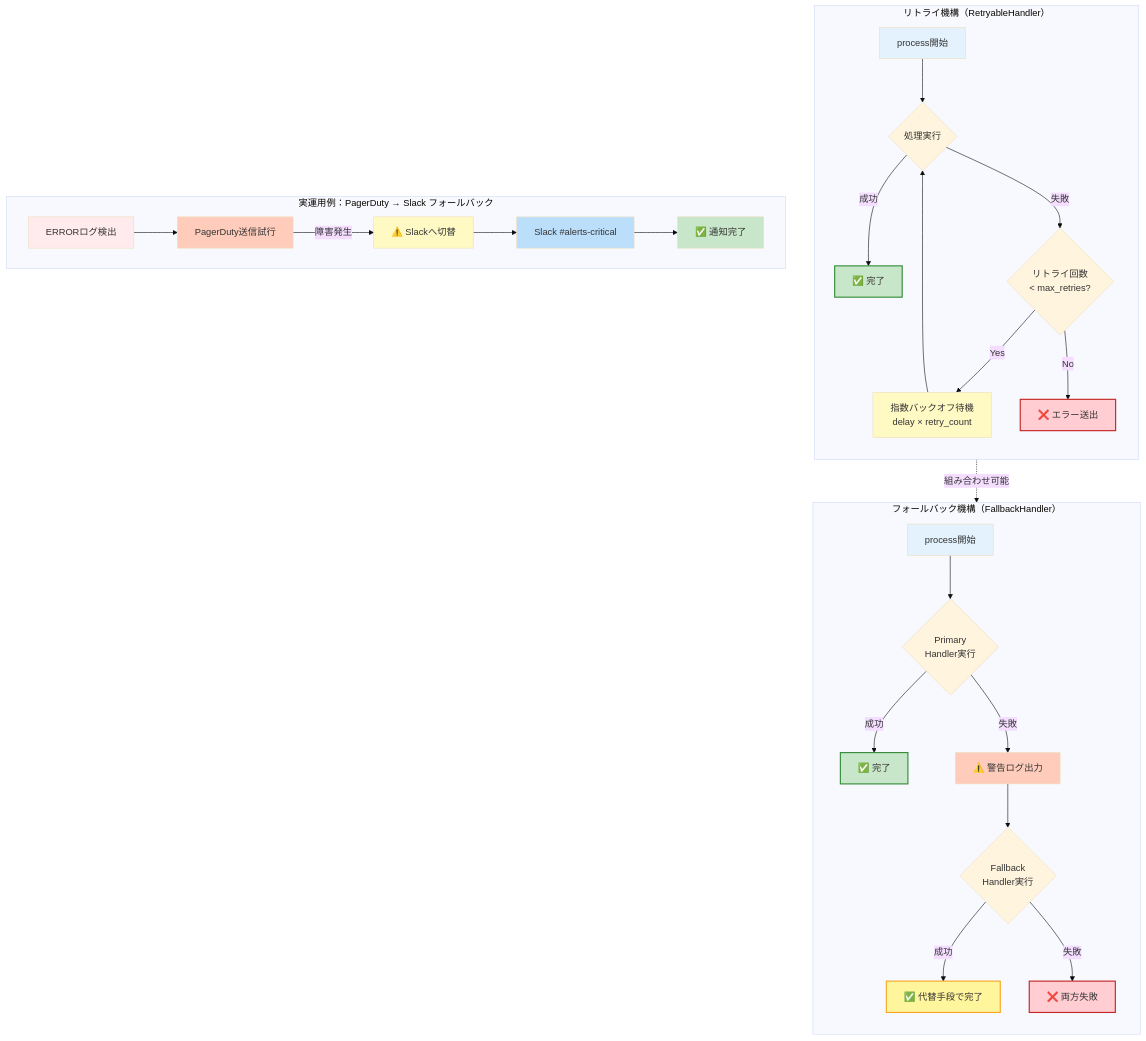
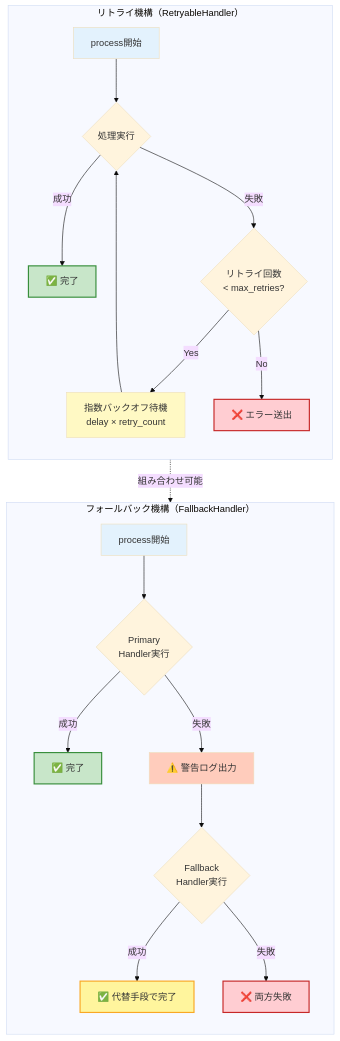
One commit to nqou-net/www.nqou.net changed the fifth of 6 diagrams in content/post/log-monitoring-part3.md. Above: the diagram before and after it, drawn with Mermaid (base theme). The commit also changed other lines of this file and 3 other files, not shown here.

````diff
--- a/content/post/log-monitoring-part3.md
+++ b/content/post/log-monitoring-part3.md
@@ -1039,49 +1038,35 @@
 ```mermaid
 flowchart TD
     subgraph Retry["リトライ機構（RetryableHandler）"]
         direction TB
         Start1[process開始] --> Try1{処理実行}
         Try1 -->|成功| Success1[✅ 完了]
         Try1 -->|失敗| Count1{リトライ回数<br/>< max_retries?}
         Count1 -->|Yes| Wait1[指数バックオフ待機<br/>delay × retry_count]
         Wait1 --> Try1
         Count1 -->|No| Fail1[❌ エラー送出]
         
         style Start1 fill:#e3f2fd
         style Success1 fill:#c8e6c9,stroke:#388e3c,stroke-width:2px
         style Fail1 fill:#ffcdd2,stroke:#c62828,stroke-width:2px
         style Wait1 fill:#fff9c4
     end
-    
+
     subgraph Fallback["フォールバック機構（FallbackHandler）"]
         direction TB
         Start2[process開始] --> Primary{Primary<br/>Handler実行}
         Primary -->|成功| Success2[✅ 完了]
         Primary -->|失敗| Warn[⚠️ 警告ログ出力]
         Warn --> Secondary{Fallback<br/>Handler実行}
         Secondary -->|成功| Success3[✅ 代替手段で完了]
         Secondary -->|失敗| Fail2[❌ 両方失敗]
         
         style Start2 fill:#e3f2fd
         style Success2 fill:#c8e6c9,stroke:#388e3c,stroke-width:2px
         style Success3 fill:#fff59d,stroke:#f9a825,stroke-width:2px
         style Fail2 fill:#ffcdd2,stroke:#c62828,stroke-width:2px
         style Warn fill:#ffccbc
     end
-    
-    subgraph Example["実運用例：PagerDuty → Slack フォールバック"]
-        direction LR
-        E1[ERRORログ検出] --> E2[PagerDuty送信試行]
-        E2 -->|障害発生| E3[⚠️ Slackへ切替]
-        E3 --> E4[Slack #alerts-critical]
-        E4 --> E5[✅ 通知完了]
-        
-        style E1 fill:#ffebee
-        style E2 fill:#ffccbc
-        style E3 fill:#fff9c4
-        style E4 fill:#bbdefb
-        style E5 fill:#c8e6c9
-    end
-    
+
     Retry -.->|組み合わせ可能| Fallback
 ```
````
